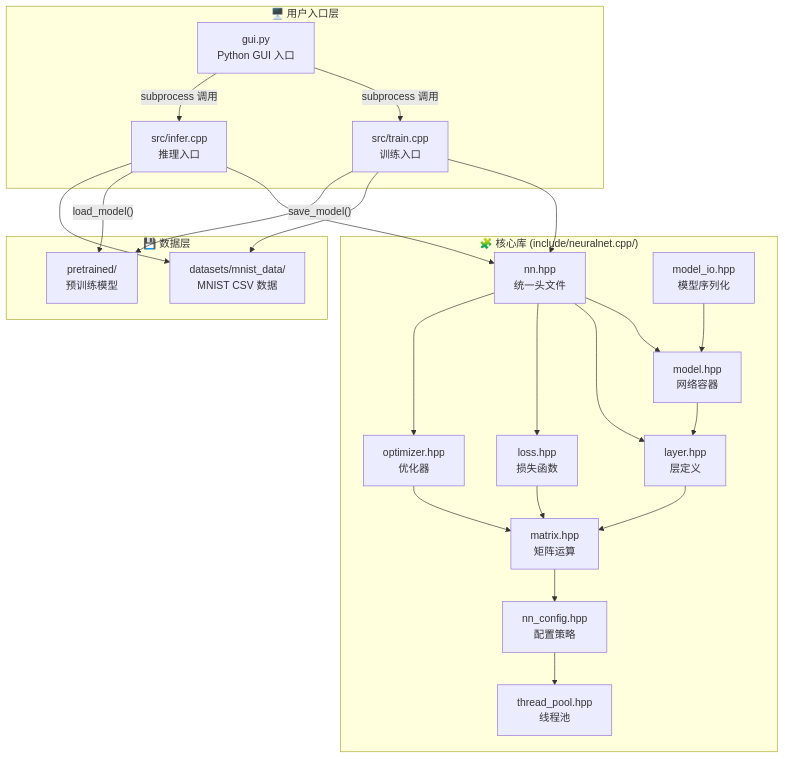
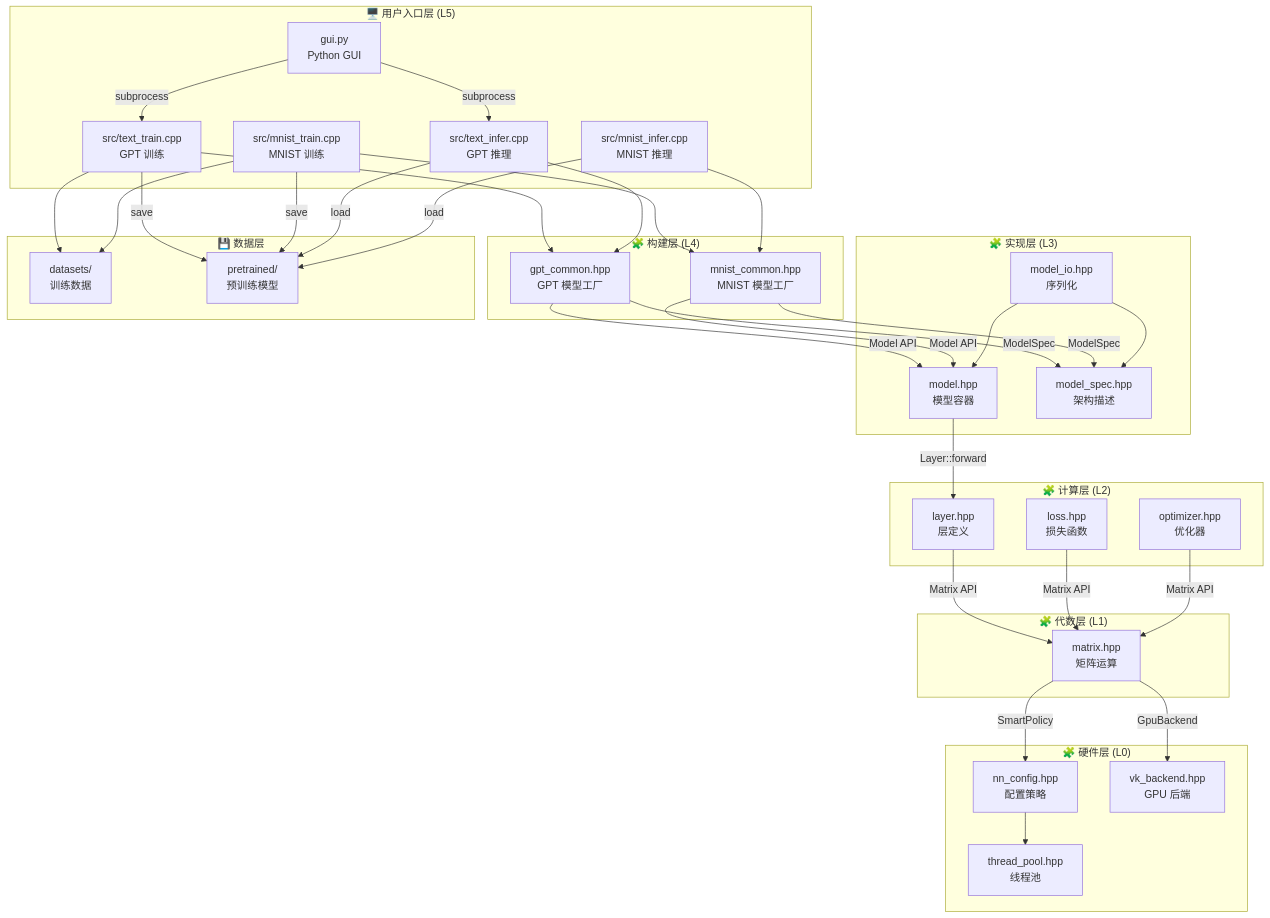
The first of 13 diagrams in ARCHITECTURE.md (EthanPeng-2048/neuralnet.cpp), drawn with Mermaid before and after one commit. The commit also changed other lines of this file and 6 other files, not shown here.

````diff
--- a/ARCHITECTURE.md
+++ b/ARCHITECTURE.md
@@ -9,45 +9,67 @@
 ```mermaid
 graph TB
-    subgraph "🖥️ 用户入口层"
-        A["gui.py<br/>Python GUI 入口"]
-        B["src/train.cpp<br/>训练入口"]
-        C["src/infer.cpp<br/>推理入口"]
+    subgraph "🖥️ 用户入口层 (L5)"
+        A["gui.py<br/>Python GUI"]
+        B["src/text_train.cpp<br/>GPT 训练"]
+        C["src/text_infer.cpp<br/>GPT 推理"]
+        B2["src/mnist_train.cpp<br/>MNIST 训练"]
+        C2["src/mnist_infer.cpp<br/>MNIST 推理"]
     end
 
-    subgraph "🧩 核心库 (include/neuralnet.cpp/)"
-        D["nn.hpp<br/>统一头文件"]
-        E["model.hpp<br/>网络容器"]
+    subgraph "🧩 构建层 (L4)"
+        GPT["gpt_common.hpp<br/>GPT 模型工厂"]
+        MNIST["mnist_common.hpp<br/>MNIST 模型工厂"]
+    end
+
+    subgraph "🧩 实现层 (L3)"
+        E["model.hpp<br/>模型容器"]
+        J["model_io.hpp<br/>序列化"]
+        MS["model_spec.hpp<br/>架构描述"]
+    end
+
+    subgraph "🧩 计算层 (L2)"
         F["layer.hpp<br/>层定义"]
         G["loss.hpp<br/>损失函数"]
         H["optimizer.hpp<br/>优化器"]
+    end
+
+    subgraph "🧩 代数层 (L1)"
         I["matrix.hpp<br/>矩阵运算"]
-        J["model_io.hpp<br/>模型序列化"]
+    end
+
+    subgraph "🧩 硬件层 (L0)"
         K["nn_config.hpp<br/>配置策略"]
         L["thread_pool.hpp<br/>线程池"]
+        VK["vk_backend.hpp<br/>GPU 后端"]
     end
 
     subgraph "💾 数据层"
-        M["datasets/mnist_data/<br/>MNIST CSV 数据"]
+        M["datasets/<br/>训练数据"]
         N["pretrained/<br/>预训练模型"]
     end
 
-    A -->|"subprocess 调用"| B
-    A -->|"subprocess 调用"| C
-    B --> D
-    C --> D
-    D --> E
-    D --> F
-    D --> G
-    D --> H
-    E --> F
-    F --> I
-    G --> I
-    H --> I
-    I --> K
+    A -->|"subprocess"| B & C
+    B --> GPT
+    C --> GPT
+    B2 --> MNIST
+    C2 --> MNIST
+    GPT -->|"Model API"| E
+    MNIST -->|"Model API"| E
+    GPT -->|"ModelSpec"| MS
+    MNIST -->|"ModelSpec"| MS
+    E -->|"Layer::forward"| F
+    J --> E
+    J --> MS
+    F -->|"Matrix API"| I
+    G -->|"Matrix API"| I
+    H -->|"Matrix API"| I
+    I -->|"SmartPolicy"| K
+    I -->|"GpuBackend"| VK
     K --> L
-    J --> E
     B --> M
-    B -->|"save_model()"| N
-    C -->|"load_model()"| N
-    C --> M
+    B2 --> M
+    B -->|"save"| N
+    B2 -->|"save"| N
+    C -->|"load"| N
+    C2 -->|"load"| N
 ```
````
